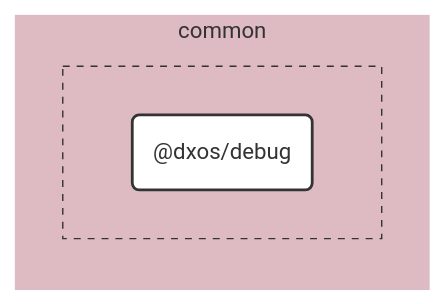
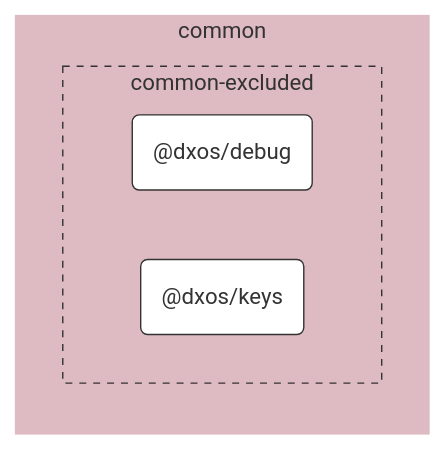
Before and after one commit to dxos/dxos: the diagram in packages/common/debug/docs/README.md, drawn with Mermaid. The commit also changed other lines of this file and 683 other files, not shown here.

````diff
--- a/packages/common/debug/docs/README.md
+++ b/packages/common/debug/docs/README.md
@@ -7,30 +7,26 @@
 ```mermaid
 %%{ init: {'flowchart':{'curve':'basis'}} }%%
 
 flowchart LR
 
-%% Links
+%% Classes
+classDef def fill:#fff,stroke:#333,stroke-width:1px
+classDef root fill:#fff,stroke:#333,stroke-width:4px
 
-%% Sections
-subgraph common
-  style common fill:#debac2,stroke:#fff;
+%% Nodes
 
+subgraph common [common]
+  style common fill:#debac2,stroke:#fff
 
-  subgraph common-excluded [ ]
-    style common-excluded fill:#debac2,stroke:#333,stroke-dasharray:5 5;
-
-    dxos/debug("@dxos/debug")
+  subgraph common-excluded [common-excluded]
+    style common-excluded fill:#debac2,stroke:#333,stroke-dasharray:5 5
+    dxos/debug("@dxos/debug"):::def
+    click dxos/debug "dxos/dxos/tree/main/packages/common/debug/docs"
+    dxos/keys("@dxos/keys"):::def
+    click dxos/keys "dxos/dxos/tree/main/packages/common/keys/docs"
   end
 end
 
-
-%% Hyperlinks
-
-%% Styles
-classDef rootNode fill:#fff,stroke:#333,stroke-width:2px
-classDef defaultNode fill:#fff,stroke:#333,stroke-width:1px
+%% Links
 linkStyle default stroke:#333,stroke-width:1px
-
-dxos/debug:::rootNode
-
 ```
````
